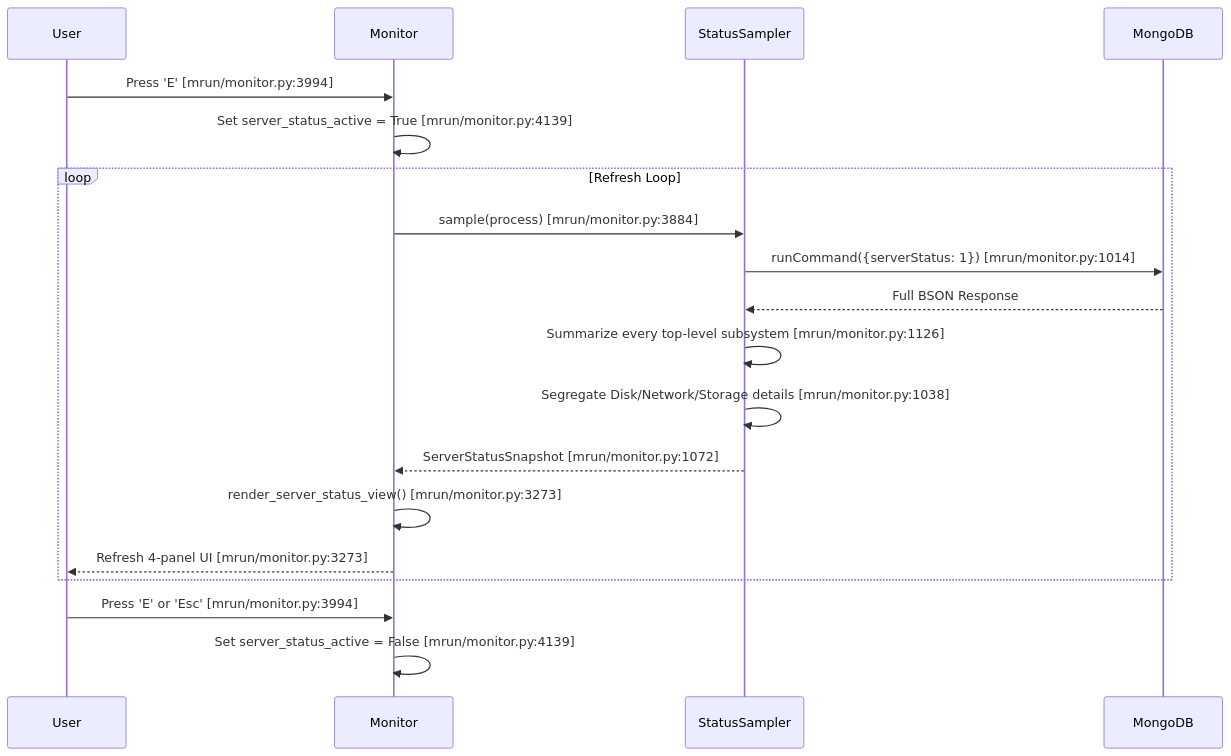
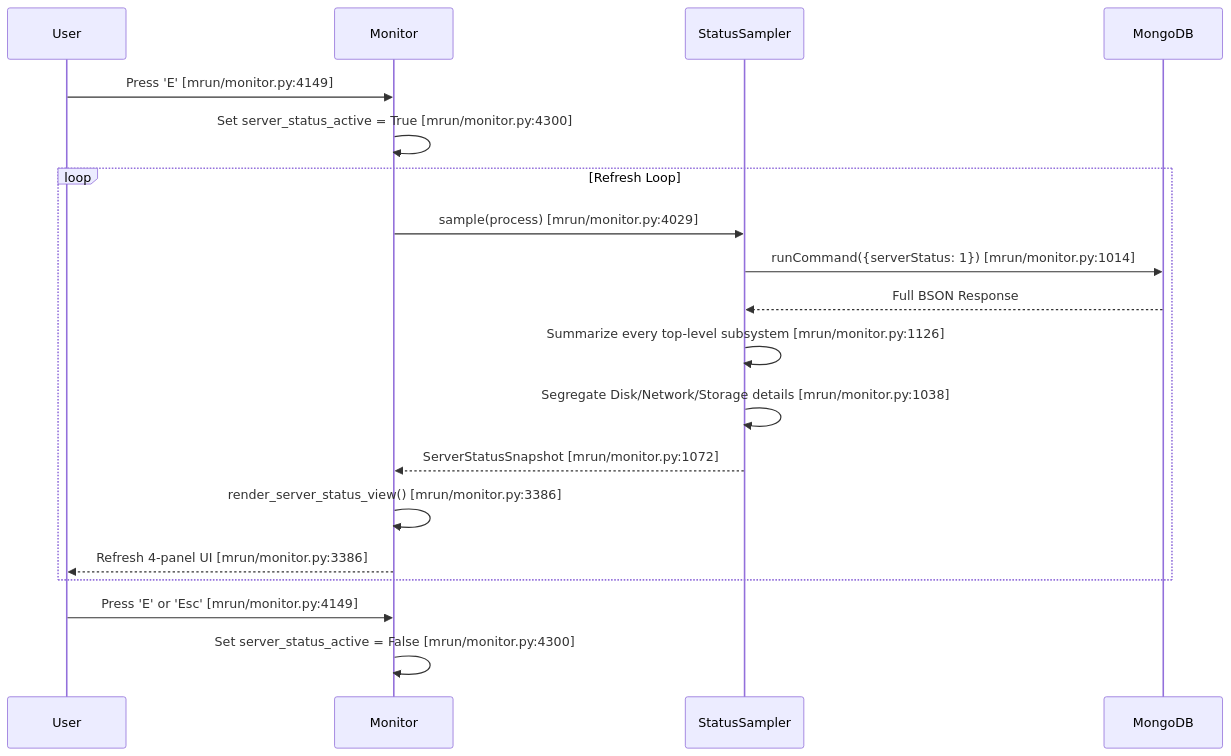
Before and after one commit to mongodb/mlaunch: the fifth of 13 diagrams in doc/feature-monitor-guide.md, drawn with Mermaid. The commit also changed other lines of this file and 2 other files, not shown here.

````diff
--- a/doc/feature-monitor-guide.md
+++ b/doc/feature-monitor-guide.md
@@ -549,22 +560,22 @@
 ```mermaid
 sequenceDiagram
     participant User
     participant Monitor
     participant StatusSampler
     participant Mongo as MongoDB
 
-    User->>Monitor: Press 'E' [mrun/monitor.py:3994]
-    Monitor->>Monitor: Set server_status_active = True [mrun/monitor.py:4139]
+    User->>Monitor: Press 'E' [mrun/monitor.py:4149]
+    Monitor->>Monitor: Set server_status_active = True [mrun/monitor.py:4300]
     loop Refresh Loop
-        Monitor->>StatusSampler: sample(process) [mrun/monitor.py:3884]
+        Monitor->>StatusSampler: sample(process) [mrun/monitor.py:4029]
         StatusSampler->>Mongo: runCommand({serverStatus: 1}) [mrun/monitor.py:1014]
         Mongo-->>StatusSampler: Full BSON Response
         StatusSampler->>StatusSampler: Summarize every top-level subsystem [mrun/monitor.py:1126]
         StatusSampler->>StatusSampler: Segregate Disk/Network/Storage details [mrun/monitor.py:1038]
         StatusSampler-->>Monitor: ServerStatusSnapshot [mrun/monitor.py:1072]
-        Monitor->>Monitor: render_server_status_view() [mrun/monitor.py:3273]
-        Monitor-->>User: Refresh 4-panel UI [mrun/monitor.py:3273]
+        Monitor->>Monitor: render_server_status_view() [mrun/monitor.py:3386]
+        Monitor-->>User: Refresh 4-panel UI [mrun/monitor.py:3386]
     end
-    User->>Monitor: Press 'E' or 'Esc' [mrun/monitor.py:3994]
-    Monitor->>Monitor: Set server_status_active = False [mrun/monitor.py:4139]
+    User->>Monitor: Press 'E' or 'Esc' [mrun/monitor.py:4149]
+    Monitor->>Monitor: Set server_status_active = False [mrun/monitor.py:4300]
 ```
````
